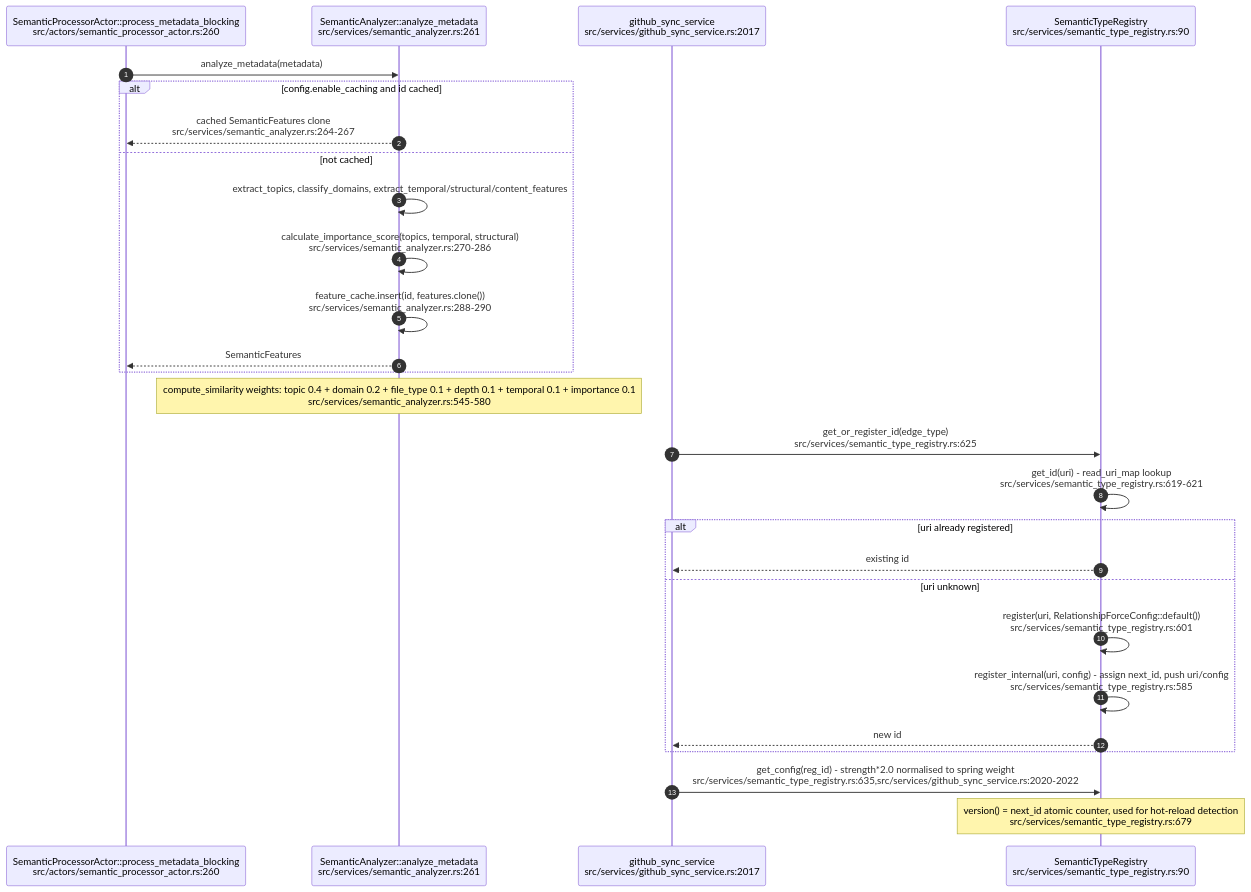
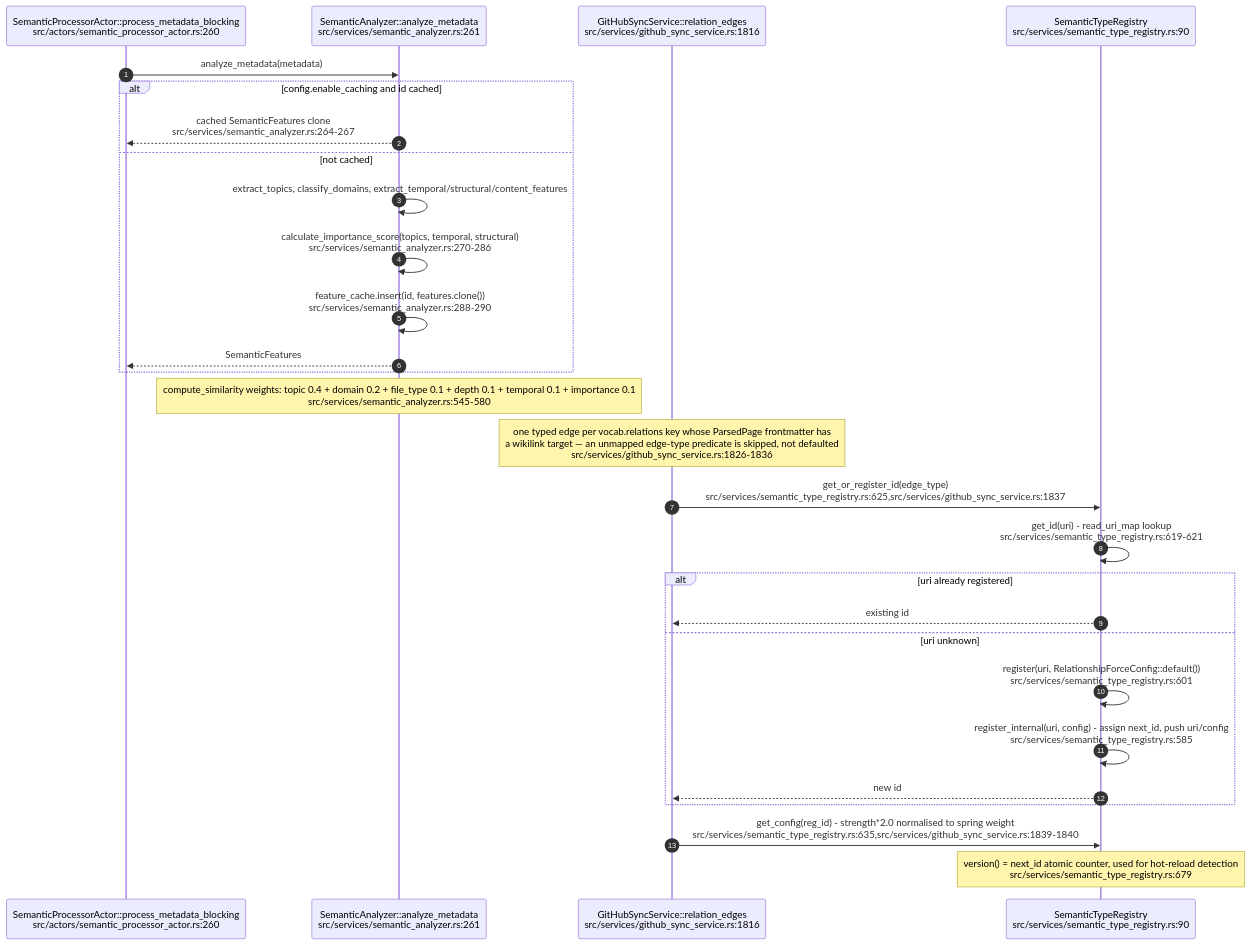
One commit to DreamLab-AI/VisionFlow changed the eighth of 11 diagrams in docs/diagrams/visionclaw/25-insight-kpi-nlq-semantics.md. Above: the diagram before and after it, drawn with Mermaid. The commit also changed other lines of this file and 136 other files, not shown here.

First line of the commit message:
docs(diagrams): refresh the whole corpus to code HEAD and prune low-value diagrams

````diff
--- a/docs/diagrams/visionclaw/25-insight-kpi-nlq-semantics.md
+++ b/docs/diagrams/visionclaw/25-insight-kpi-nlq-semantics.md
@@ -397,31 +353,32 @@
 ```mermaid
 sequenceDiagram
     autonumber
     participant SPA as SemanticProcessorActor::process_metadata_blocking<br/>src/actors/semantic_processor_actor.rs:260
     participant SA as SemanticAnalyzer::analyze_metadata<br/>src/services/semantic_analyzer.rs:261
-    participant GS as github_sync_service<br/>src/services/github_sync_service.rs:2017
+    participant GS as GitHubSyncService::relation_edges<br/>src/services/github_sync_service.rs:1816
     participant REG as SemanticTypeRegistry<br/>src/services/semantic_type_registry.rs:90
 
     SPA->>SA: analyze_metadata(metadata)
     alt config.enable_caching and id cached
         SA-->>SPA: cached SemanticFeatures clone<br/>src/services/semantic_analyzer.rs:264-267
     else not cached
         SA->>SA: extract_topics, classify_domains, extract_temporal/structural/content_features
         SA->>SA: calculate_importance_score(topics, temporal, structural)<br/>src/services/semantic_analyzer.rs:270-286
         SA->>SA: feature_cache.insert(id, features.clone())<br/>src/services/semantic_analyzer.rs:288-290
         SA-->>SPA: SemanticFeatures
     end
     Note over SA: compute_similarity weights: topic 0.4 + domain 0.2 + file_type 0.1 + depth 0.1 + temporal 0.1 + importance 0.1<br/>src/services/semantic_analyzer.rs:545-580
 
-    GS->>REG: get_or_register_id(edge_type)<br/>src/services/semantic_type_registry.rs:625
+    Note over GS: one typed edge per vocab.relations key whose ParsedPage frontmatter has<br/>a wikilink target — an unmapped edge-type predicate is skipped, not defaulted<br/>src/services/github_sync_service.rs:1826-1836
+    GS->>REG: get_or_register_id(edge_type)<br/>src/services/semantic_type_registry.rs:625,src/services/github_sync_service.rs:1837
     REG->>REG: get_id(uri) - read_uri_map lookup<br/>src/services/semantic_type_registry.rs:619-621
     alt uri already registered
         REG-->>GS: existing id
     else uri unknown
         REG->>REG: register(uri, RelationshipForceConfig::default())<br/>src/services/semantic_type_registry.rs:601
         REG->>REG: register_internal(uri, config) - assign next_id, push uri/config<br/>src/services/semantic_type_registry.rs:585
         REG-->>GS: new id
     end
-    GS->>REG: get_config(reg_id) - strength*2.0 normalised to spring weight<br/>src/services/semantic_type_registry.rs:635,src/services/github_sync_service.rs:2020-2022
+    GS->>REG: get_config(reg_id) - strength*2.0 normalised to spring weight<br/>src/services/semantic_type_registry.rs:635,src/services/github_sync_service.rs:1839-1840
     Note over REG: version() = next_id atomic counter, used for hot-reload detection<br/>src/services/semantic_type_registry.rs:679
 ```
````
